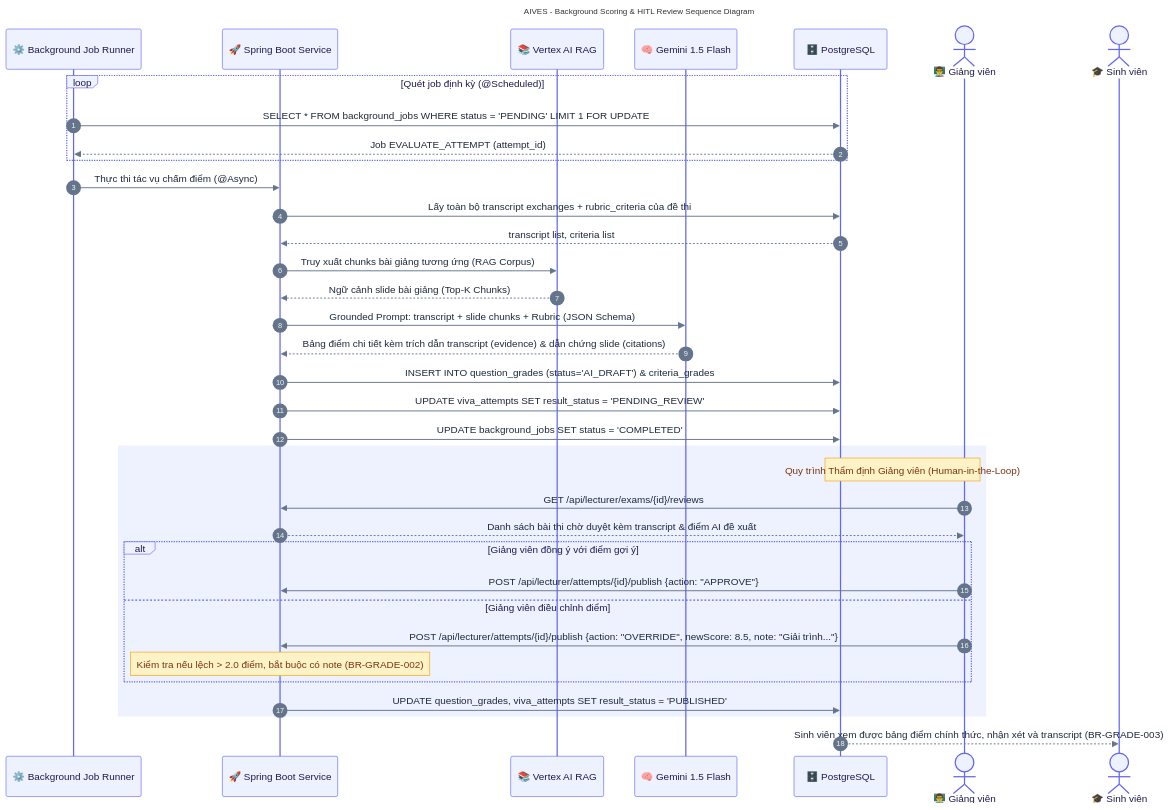
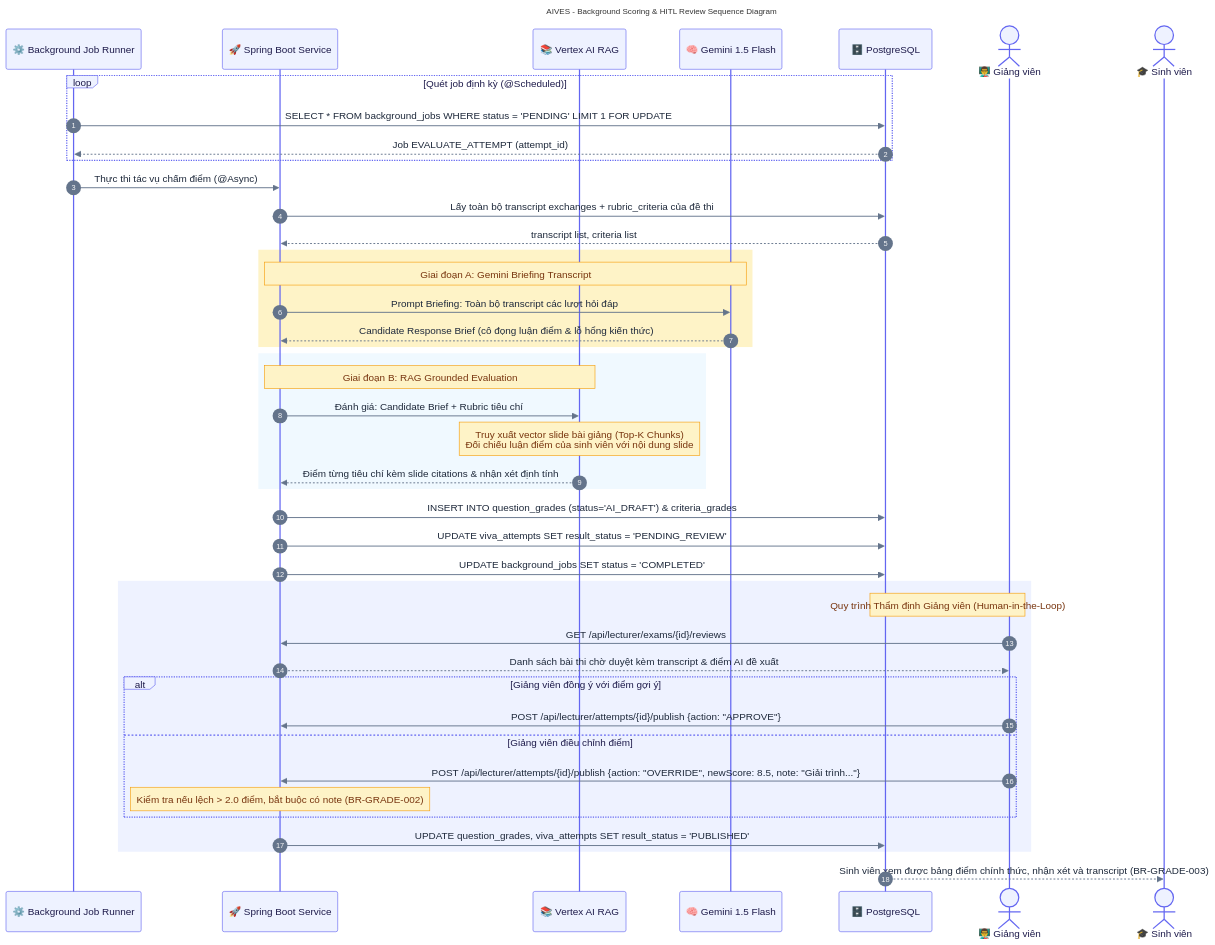
Before and after one commit to SWD392-Group-4/AI-powered-Viva-Exam-System: the diagram in document/scoring-hitl-review-sequence.mmd, drawn with Mermaid. The commit also changed 8 other files, not shown here.

Commit message:
docs: add system documentation, sequence diagrams, and architecture design report

```diff
--- a/document/scoring-hitl-review-sequence.mmd
+++ b/document/scoring-hitl-review-sequence.mmd
@@ -1,62 +1,71 @@
 ---
 title: AIVES - Background Scoring & HITL Review Sequence Diagram
 ---
 
 %%{init: {
   'theme': 'base',
   'themeVariables': {
     'actorBkg': '#EEF2FF',
     'actorBorder': '#6366F1',
     'actorTextColor': '#1E1B4B',
     'signalColor': '#64748B',
     'signalTextColor': '#1E293B',
     'noteBkgColor': '#FEF3C7',
     'noteBorderColor': '#F59E0B',
     'noteTextColor': '#78350F',
     'fontFamily': 'Inter, system-ui, sans-serif',
     'fontSize': '13px'
   }
 }}%%
 
 sequenceDiagram
     autonumber
     participant JOB as ⚙️ Background Job Runner
     participant BE as 🚀 Spring Boot Service
     participant RAG as 📚 Vertex AI RAG
     participant AI as 🧠 Gemini 1.5 Flash
     participant DB as 🗄️ PostgreSQL
     actor GV as 👨‍🏫 Giảng viên
     actor SV as 🎓 Sinh viên
 
     loop Quét job định kỳ (@Scheduled)
         JOB->>DB: SELECT * FROM background_jobs WHERE status = 'PENDING' LIMIT 1 FOR UPDATE
         DB-->>JOB: Job EVALUATE_ATTEMPT (attempt_id)
     end
 
     JOB->>BE: Thực thi tác vụ chấm điểm (@Async)
     BE->>DB: Lấy toàn bộ transcript exchanges + rubric_criteria của đề thi
     DB-->>BE: transcript list, criteria list
 
-    BE->>RAG: Truy xuất chunks bài giảng tương ứng (RAG Corpus)
-    RAG-->>BE: Ngữ cảnh slide bài giảng (Top-K Chunks)
-    BE->>AI: Grounded Prompt: transcript + slide chunks + Rubric (JSON Schema)
-    AI-->>BE: Bảng điểm chi tiết kèm trích dẫn transcript (evidence) & dẫn chứng slide (citations)
+    rect rgb(254, 243, 199)
+        Note over BE, AI: Giai đoạn A: Gemini Briefing Transcript
+        BE->>AI: Prompt Briefing: Toàn bộ transcript các lượt hỏi đáp
+        AI-->>BE: Candidate Response Brief (cô đọng luận điểm & lỗ hổng kiến thức)
+    end
+
+    rect rgb(240, 249, 255)
+        Note over BE, RAG: Giai đoạn B: RAG Grounded Evaluation
+        BE->>RAG: Đánh giá: Candidate Brief + Rubric tiêu chí
+        Note over RAG: Truy xuất vector slide bài giảng (Top-K Chunks)<br/>Đối chiếu luận điểm của sinh viên với nội dung slide
+        RAG-->>BE: Điểm từng tiêu chí kèm slide citations & nhận xét định tính
+    end
+
     BE->>DB: INSERT INTO question_grades (status='AI_DRAFT') & criteria_grades
     BE->>DB: UPDATE viva_attempts SET result_status = 'PENDING_REVIEW'
     BE->>DB: UPDATE background_jobs SET status = 'COMPLETED'
 
     rect rgb(238, 242, 255)
         Note over GV, DB: Quy trình Thẩm định Giảng viên (Human-in-the-Loop)
         GV->>BE: GET /api/lecturer/exams/{id}/reviews
         BE-->>GV: Danh sách bài thi chờ duyệt kèm transcript & điểm AI đề xuất
         
         alt Giảng viên đồng ý với điểm gợi ý
             GV->>BE: POST /api/lecturer/attempts/{id}/publish {action: "APPROVE"}
         else Giảng viên điều chỉnh điểm
             GV->>BE: POST /api/lecturer/attempts/{id}/publish {action: "OVERRIDE", newScore: 8.5, note: "Giải trình..."}
             Note over BE: Kiểm tra nếu lệch > 2.0 điểm, bắt buộc có note (BR-GRADE-002)
         end
         BE->>DB: UPDATE question_grades, viva_attempts SET result_status = 'PUBLISHED'
     end
 
     DB-->>SV: Sinh viên xem được bảng điểm chính thức, nhận xét và transcript (BR-GRADE-003)
```
